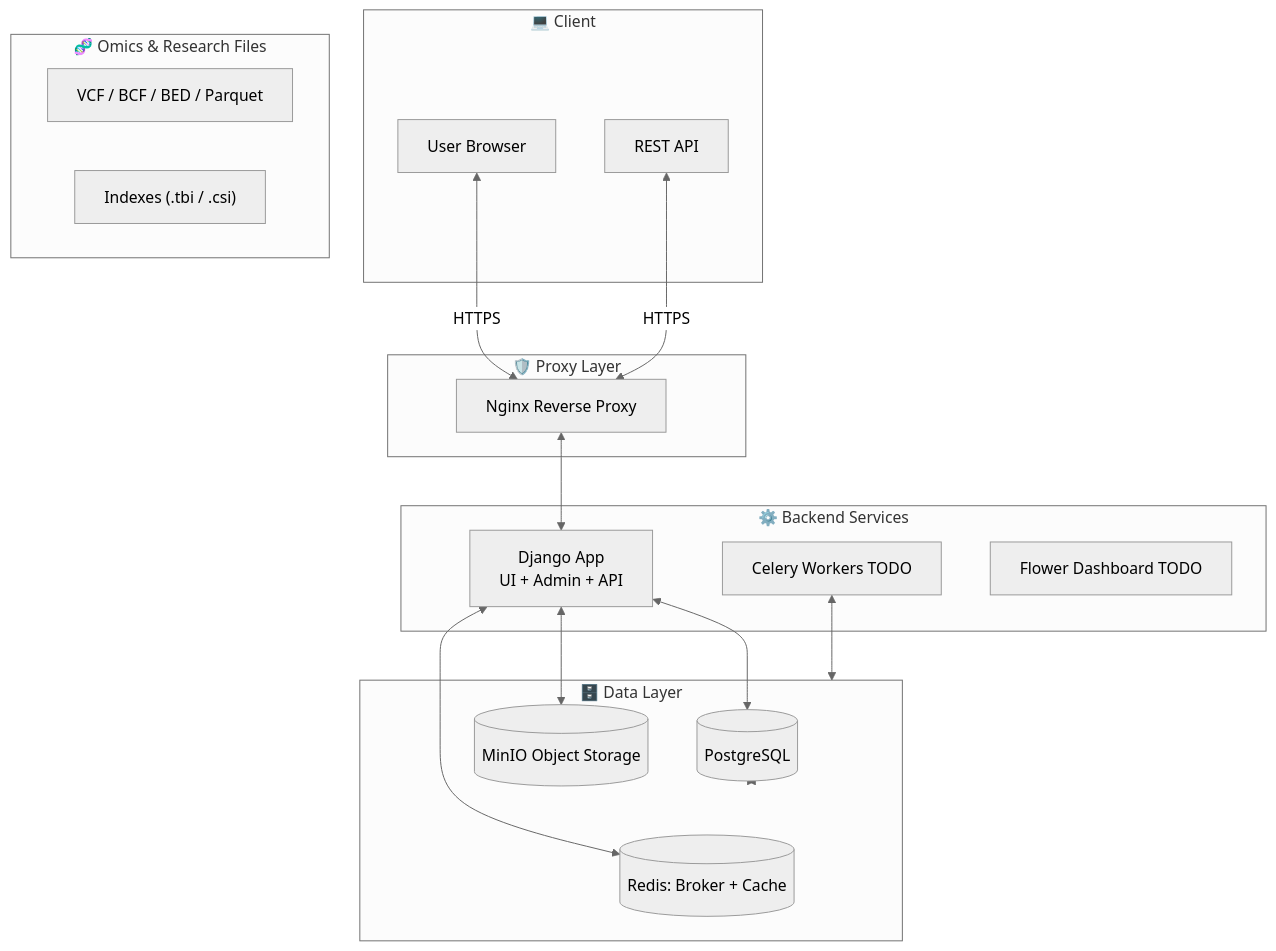
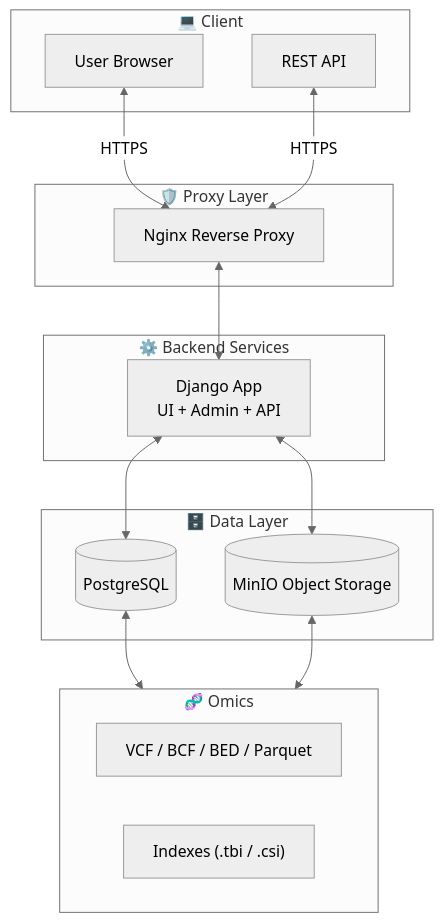
Before and after one commit to RCMC-PUM/ebdms: the diagram in README.md, drawn with Mermaid (neutral theme). The commit also changed other lines of this file, not shown here.

````diff
--- a/README.md
+++ b/README.md
@@ -30,44 +30,40 @@
 ```mermaid
 flowchart TD
     %% CLIENT
     subgraph Client["💻 Client"]
         Browser[User Browser]
         API[REST API]
     end
 
     %% PROXY
     subgraph Proxy["🛡️ Proxy Layer"]
         Nginx[Nginx Reverse Proxy]
     end
 
     %% BACKEND
     subgraph Backend["⚙️ Backend Services"]
         Django[Django App<br/>UI + Admin + API]
-        Celery[Celery Workers TODO]
-        Flower[Flower Dashboard TODO]
     end
 
     %% DATA
     subgraph Data["🗄️ Data Layer"]
         Postgres[(PostgreSQL)]
-        Redis[(Redis: Broker + Cache)]
         MinIO[(MinIO Object Storage)]
     end
 
     %% FILES
-    subgraph Files["🧬 Omics & Research Files"]
+    subgraph Files["🧬 Omics"]
         FILES["VCF / BCF / BED / Parquet"]
         IDX["Indexes (.tbi / .csi)"]
     end
 
     Browser <-- HTTPS --> Nginx
     API <-- HTTPS --> Nginx
 
     Nginx <--> Django
     Django <--> Postgres
-    Django <--> Redis
     Django <--> MinIO
 
-    Postgres <--> Data
-    Celery <--> Data
+    Postgres <--> Files 
+    MinIO <--> Files
 ```
````
